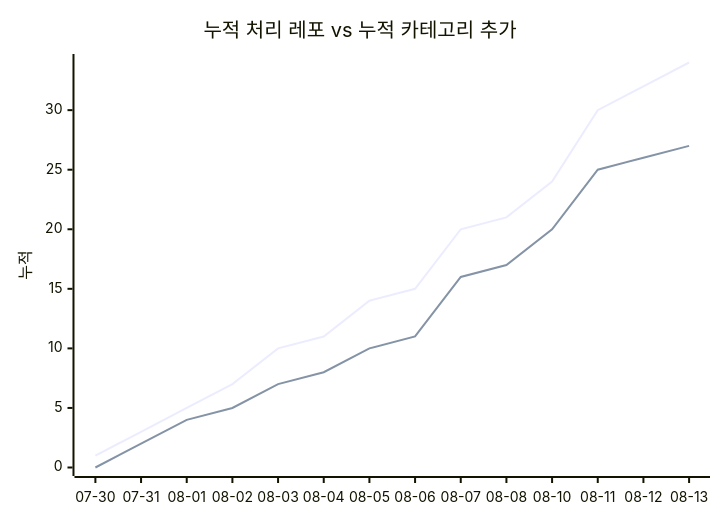
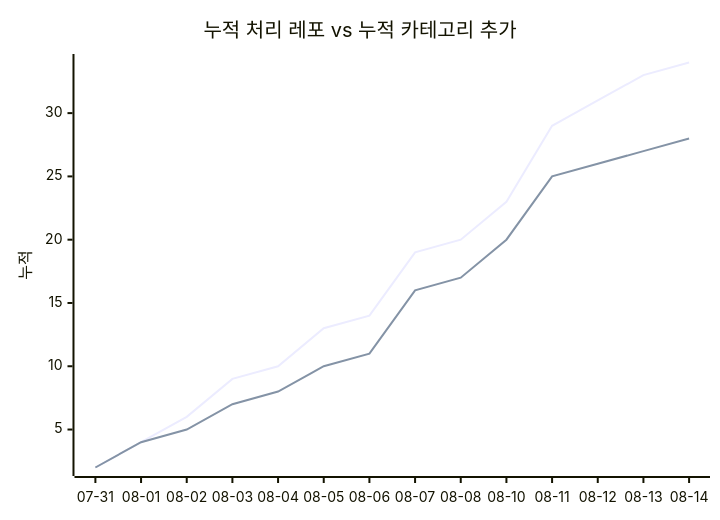
Before and after one commit to J-nowcow/awesome-korean-agent-skills: the second of 2 diagrams in docs/trends.md, drawn with Mermaid. The commit also changed other lines of this file and 4 other files, not shown here.

````diff
--- a/docs/trends.md
+++ b/docs/trends.md
@@ -68,8 +68,8 @@
 ```mermaid
 xychart-beta
     title "누적 처리 레포 vs 누적 카테고리 추가"
-    x-axis ["07-30","07-31","08-01","08-02","08-03","08-04","08-05","08-06","08-07","08-08","08-10","08-11","08-12","08-13"]
+    x-axis ["07-31","08-01","08-02","08-03","08-04","08-05","08-06","08-07","08-08","08-10","08-11","08-12","08-13","08-14"]
     y-axis "누적"
-    line [1,3,5,7,10,11,14,15,20,21,24,30,32,34]
-    line [0,2,4,5,7,8,10,11,16,17,20,25,26,27]
+    line [2,4,6,9,10,13,14,19,20,23,29,31,33,34]
+    line [2,4,5,7,8,10,11,16,17,20,25,26,27,28]
 ```
````
